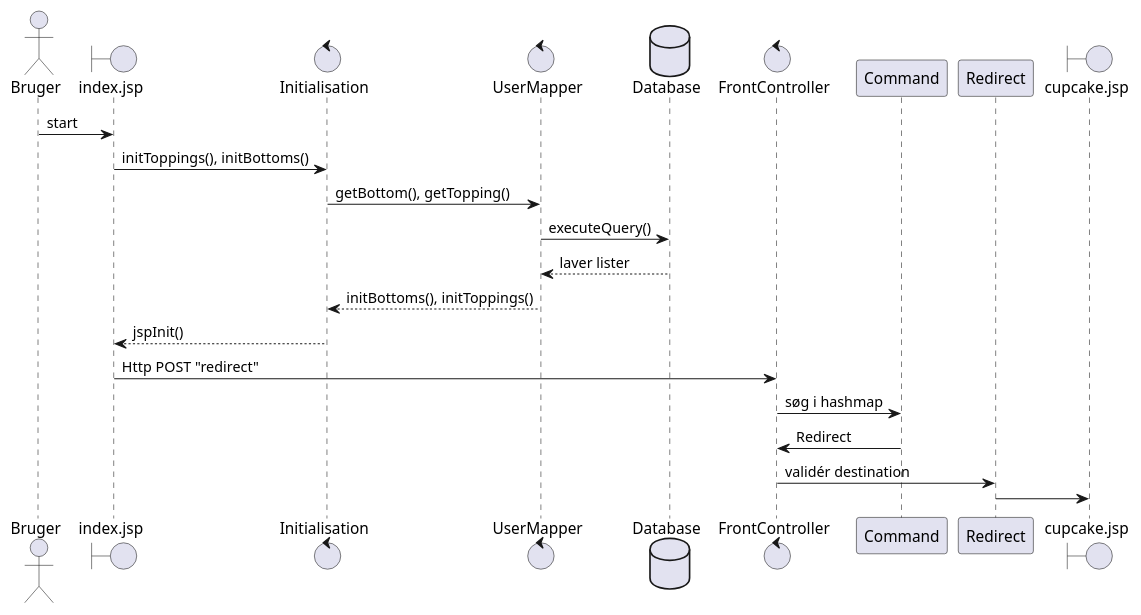
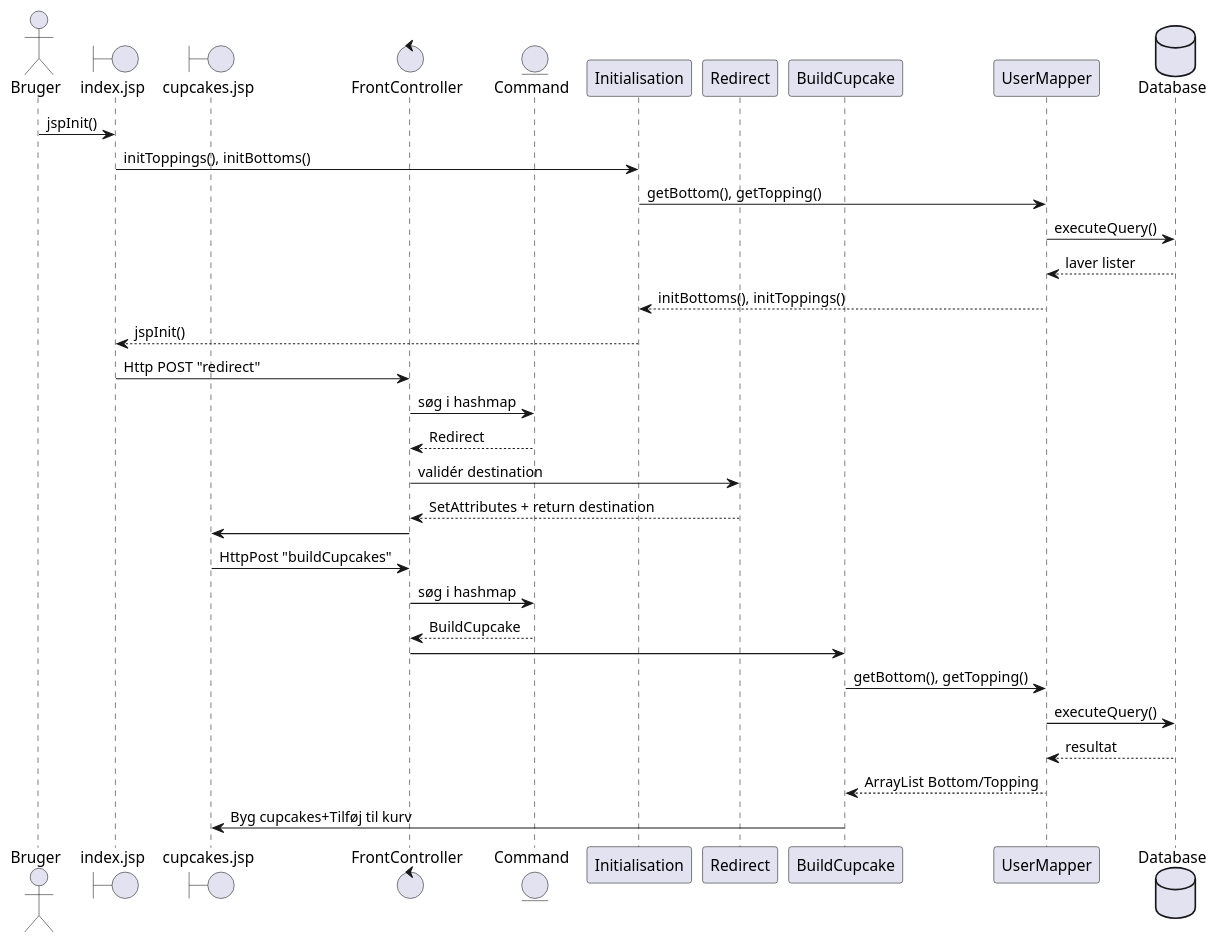
The diagram in data/Diagrammer/BuildCupcakeSekvensdiagram.puml (UtilExe/Cupcakes), drawn with PlantUML before and after one commit.

Commit message:
BuildCupcake sekvensdiagram

```diff
--- a/data/Diagrammer/BuildCupcakeSekvensdiagram.puml
+++ b/data/Diagrammer/BuildCupcakeSekvensdiagram.puml
@@ -1,27 +1,37 @@
 @startuml
 
 actor Bruger
 boundary index.jsp
-control Initialisation
-control UserMapper
+boundary cupcakes.jsp
+control FrontController
+entity Command
+participant Initialisation
+participant Redirect
+participant BuildCupcake
+participant UserMapper
 database Database
-control FrontController
-
-
-
-
-Bruger -> index.jsp : start
+Bruger -> index.jsp : jspInit()
 index.jsp -> Initialisation : initToppings(), initBottoms()
 Initialisation -> UserMapper : getBottom(), getTopping()
 UserMapper -> Database : executeQuery()
 Database --> UserMapper : laver lister
 UserMapper --> Initialisation : initBottoms(), initToppings()
 Initialisation --> index.jsp : jspInit()
 index.jsp -> FrontController : Http POST "redirect"
 FrontController -> Command : søg i hashmap
-Command -> FrontController : Redirect
+Command --> FrontController : Redirect
 FrontController -> Redirect : validér destination
-boundary cupcake.jsp
-Redirect -> cupcake.jsp :
+Redirect --> FrontController : SetAttributes + return destination
+
+FrontController -> cupcakes.jsp
+cupcakes.jsp -> FrontController : HttpPost "buildCupcakes"
+FrontController -> Command : søg i hashmap
+Command --> FrontController : BuildCupcake
+FrontController -> BuildCupcake
+BuildCupcake -> UserMapper : getBottom(), getTopping()
+UserMapper -> Database : executeQuery()
+Database --> UserMapper : resultat
+UserMapper --> BuildCupcake : ArrayList Bottom/Topping
+BuildCupcake -> cupcakes.jsp : Byg cupcakes+Tilføj til kurv
 
 @enduml
```
